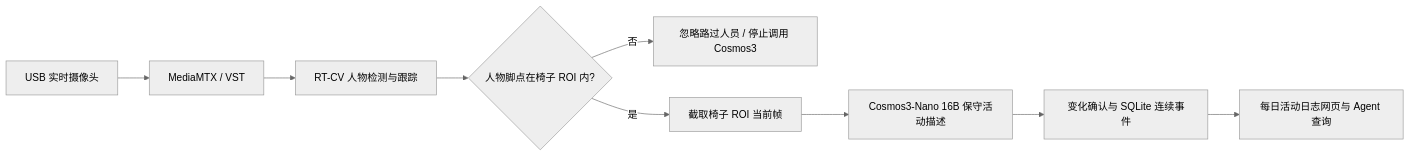
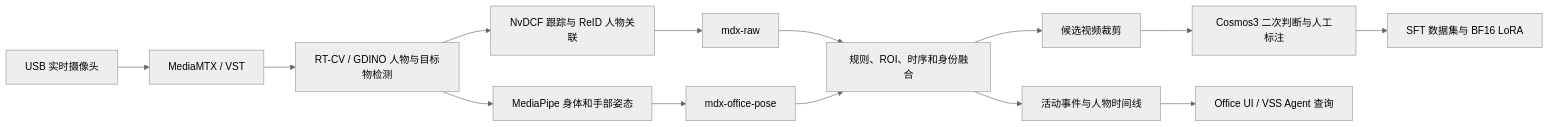
The diagram in README.md (sadads435r/-vss-), drawn with Mermaid (neutral theme) before and after one commit. The commit also changed other lines of this file and 5 other files, not shown here.

````diff
--- a/README.md
+++ b/README.md
@@ -9,11 +17,16 @@
 ```mermaid
 flowchart LR
     A[USB 实时摄像头] --> B[MediaMTX / VST]
-    B --> C[RT-CV 人物检测与跟踪]
-    C --> D{人物脚点在椅子 ROI 内?}
-    D -- 否 --> E[忽略路过人员 / 停止调用 Cosmos3]
-    D -- 是 --> F[截取椅子 ROI 当前帧]
-    F --> G[Cosmos3-Nano 16B 保守活动描述]
-    G --> H[变化确认与 SQLite 连续事件]
-    H --> I[每日活动日志网页与 Agent 查询]
+    B --> C[RT-CV / GDINO 人物与目标物检测]
+    C --> D[NvDCF 跟踪与 ReID 人物关联]
+    C --> E[MediaPipe 身体和手部姿态]
+    D --> F[mdx-raw]
+    E --> G[mdx-office-pose]
+    F --> H[规则、ROI、时序和身份融合]
+    G --> H
+    H --> I[活动事件与人物时间线]
+    H --> J[候选视频裁剪]
+    J --> K[Cosmos3 二次判断与人工标注]
+    K --> L[SFT 数据集与 BF16 LoRA]
+    I --> M[Office UI / VSS Agent 查询]
 ```
````
